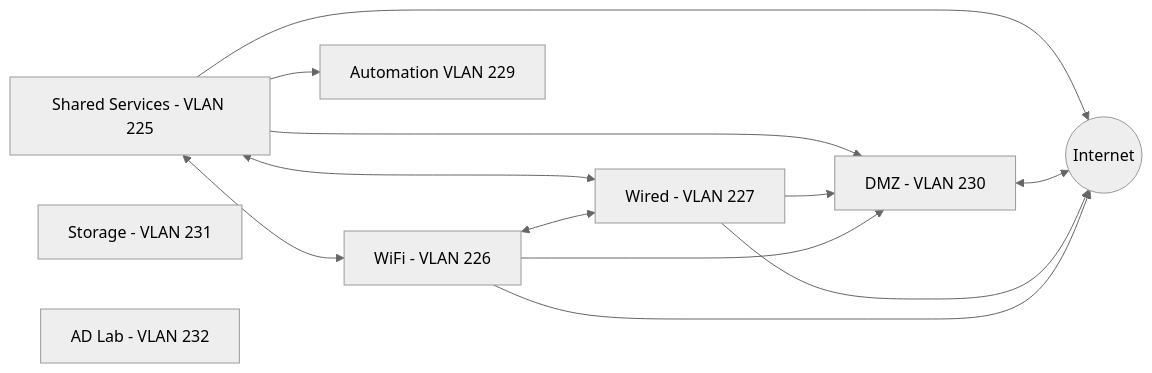
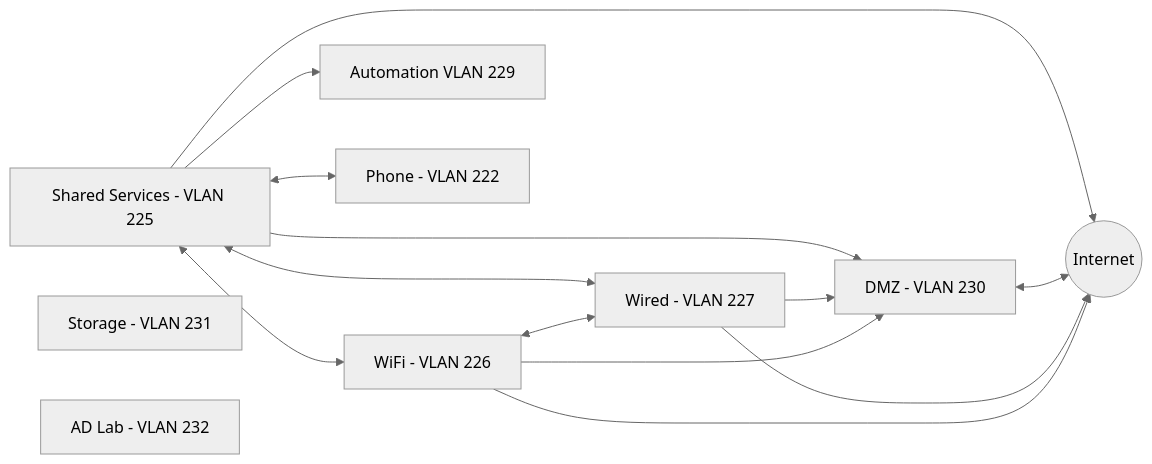
The second of 2 diagrams in docs/infrastructure/network_layout.md (leigh-hackspace/HackspaceWiki), drawn with Mermaid (neutral theme) before and after one commit.

Commit message:
Add Phone VLAN

````diff
--- a/docs/infrastructure/network_layout.md
+++ b/docs/infrastructure/network_layout.md
@@ -78,27 +78,29 @@
 ```mermaid
 graph LR
     INTERNET((Internet))
     SHARED[Shared Services - VLAN 225]
     WiFi[WiFi - VLAN 226]
     WIRED[Wired - VLAN 227]
     AUTOMATION[Automation VLAN 229]
     DMZ[DMZ - VLAN 230]
     STORAGE[Storage - VLAN 231]
     ADLAB[AD Lab - VLAN 232]
+    PHONE[Phone - VLAN 222]
 
     SHARED --> INTERNET
     SHARED --> DMZ
     SHARED --> AUTOMATION
     SHARED <--> WiFi
     SHARED <--> WIRED
+    SHARED <--> PHONE
 
     DMZ <--> INTERNET
 
     WIRED --> DMZ
     WIRED --> INTERNET
 
     WiFi --> DMZ
     WiFi --> INTERNET
     WiFi <--> WIRED
 
 ```
````
